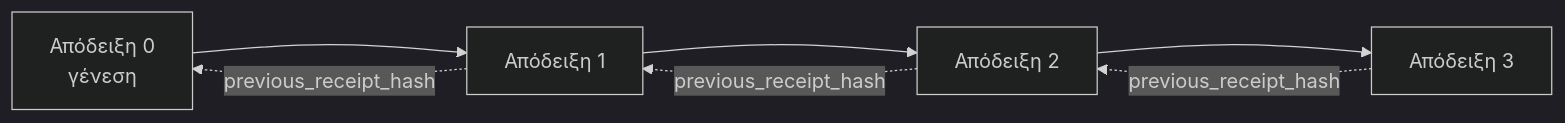
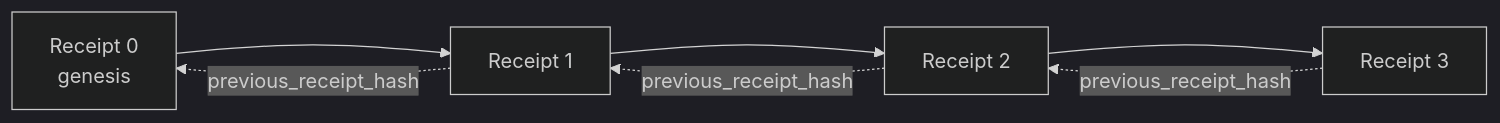
One commit to microsoft/ai-agents-for-beginners changed the second of 2 diagrams in translations/el/18-securing-ai-agents/README.md. Above: the diagram before and after it, drawn with Mermaid (dark theme). The commit also changed other lines of this file and 10 other files, not shown here.

````diff
--- a/translations/el/18-securing-ai-agents/README.md
+++ b/translations/el/18-securing-ai-agents/README.md
@@ -203,9 +226,9 @@
 ```mermaid
 flowchart LR
-    R0[Απόδειξη 0<br/>γένεση] --> R1[Απόδειξη 1]
-    R1 --> R2[Απόδειξη 2]
-    R2 --> R3[Απόδειξη 3]
+    R0[Receipt 0<br/>genesis] --> R1[Receipt 1]
+    R1 --> R2[Receipt 2]
+    R2 --> R3[Receipt 3]
     R1 -. previous_receipt_hash .-> R0
     R2 -. previous_receipt_hash .-> R1
     R3 -. previous_receipt_hash .-> R2
 ```
````
